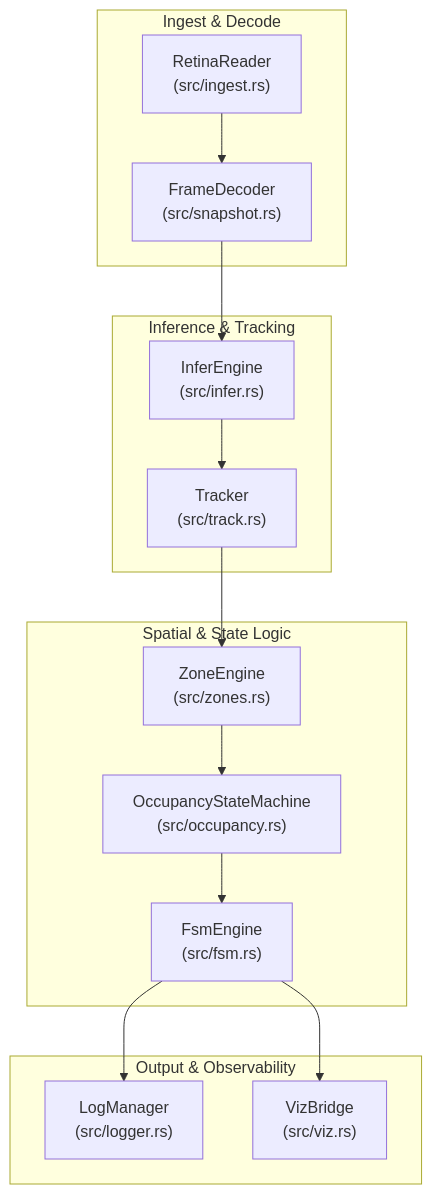
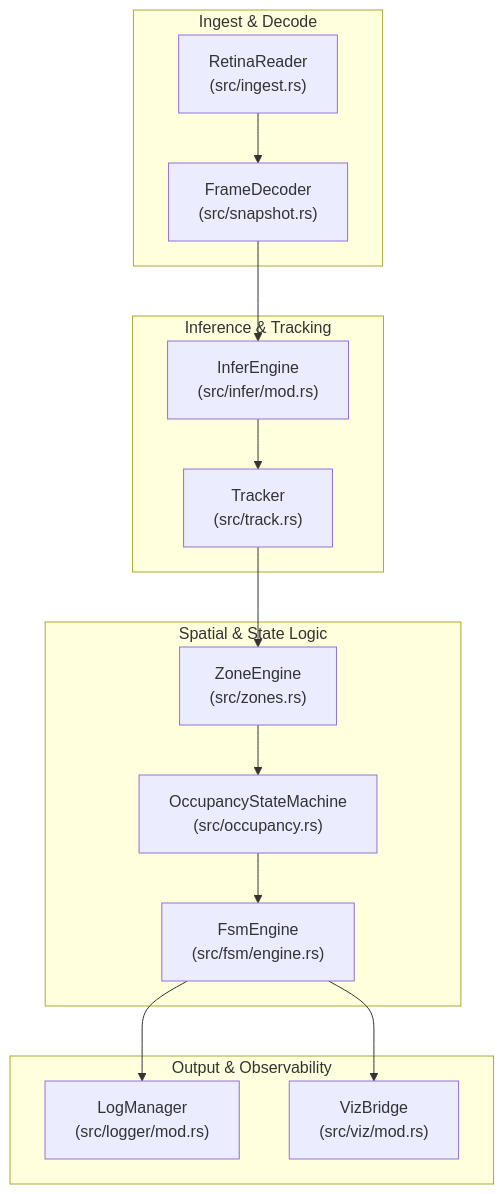
The first of 2 diagrams in docs/wiki/1-overview.md (e7canasta/mana-lite), drawn with Mermaid before and after one commit. The commit also changed other lines of this file and 68 other files, not shown here.

````diff
--- a/docs/wiki/1-overview.md
+++ b/docs/wiki/1-overview.md
@@ -32,34 +34,34 @@
 ```mermaid
 flowchart TD
 
     subgraph INGEST["Ingest & Decode"]
         RR["RetinaReader<br/>(src/ingest.rs)"]
         FD["FrameDecoder<br/>(src/snapshot.rs)"]
         RR --> FD
     end
 
     subgraph IT["Inference & Tracking"]
-        IE["InferEngine<br/>(src/infer.rs)"]
+        IE["InferEngine<br/>(src/infer/mod.rs)"]
         TR["Tracker<br/>(src/track.rs)"]
         IE --> TR
     end
 
     subgraph SSL["Spatial & State Logic"]
         ZE["ZoneEngine<br/>(src/zones.rs)"]
         OSM["OccupancyStateMachine<br/>(src/occupancy.rs)"]
-        FSM["FsmEngine<br/>(src/fsm.rs)"]
+        FSM["FsmEngine<br/>(src/fsm/engine.rs)"]
 
         ZE --> OSM
         OSM --> FSM
     end
 
     subgraph OO["Output & Observability"]
-        LM["LogManager<br/>(src/logger.rs)"]
-        VB["VizBridge<br/>(src/viz.rs)"]
+        LM["LogManager<br/>(src/logger/mod.rs)"]
+        VB["VizBridge<br/>(src/viz/mod.rs)"]
     end
 
     FD --> IE
     TR --> ZE
     FSM --> LM
     FSM --> VB
 ```
````
